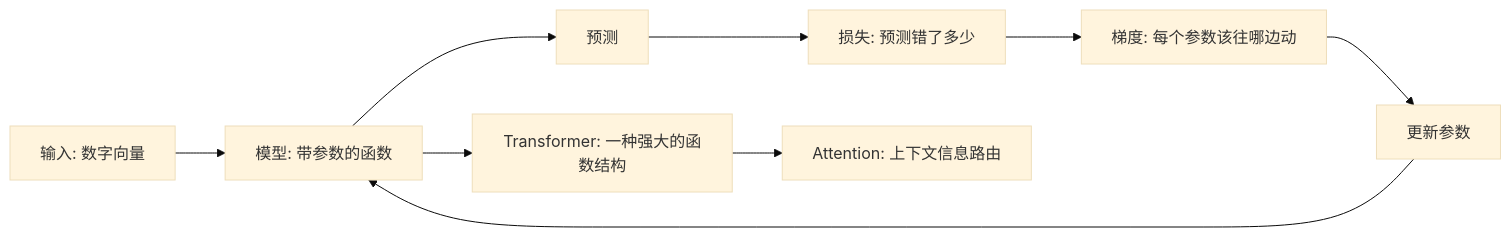
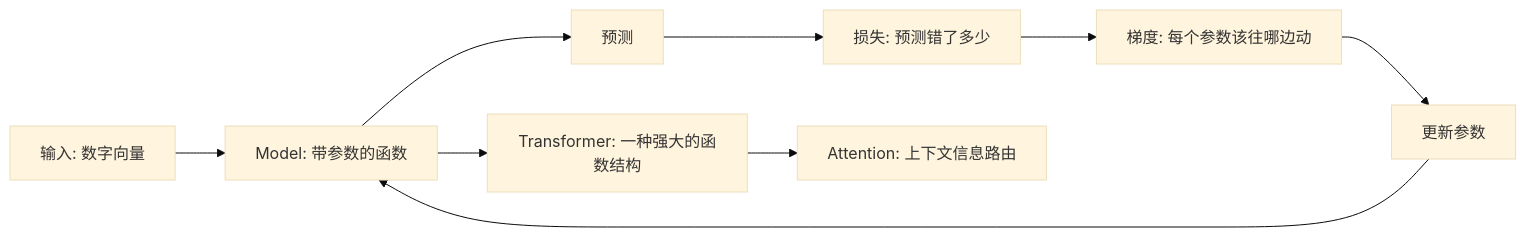
The diagram in docs/model/neural-networks/index.md (ImWenyaoT/website), drawn with Mermaid (base theme) before and after one commit. The commit also changed other lines of this file and 24 other files, not shown here.

Commit message:
feat: revamp Harness series with Claude Code & DeepSeek architectures, standardize AI terminology and clean config

````diff
--- a/docs/model/neural-networks/index.md
+++ b/docs/model/neural-networks/index.md
@@ -17,11 +15,11 @@
 ```mermaid
 flowchart LR
-  X["输入: 数字向量"] --> F["模型: 带参数的函数"]
+  X["输入: 数字向量"] --> F["Model: 带参数的函数"]
   F --> Y["预测"]
   Y --> L["损失: 预测错了多少"]
   L --> G["梯度: 每个参数该往哪边动"]
   G --> U["更新参数"]
   U --> F
   F --> T["Transformer: 一种强大的函数结构"]
   T --> A["Attention: 上下文信息路由"]
 ```
````
